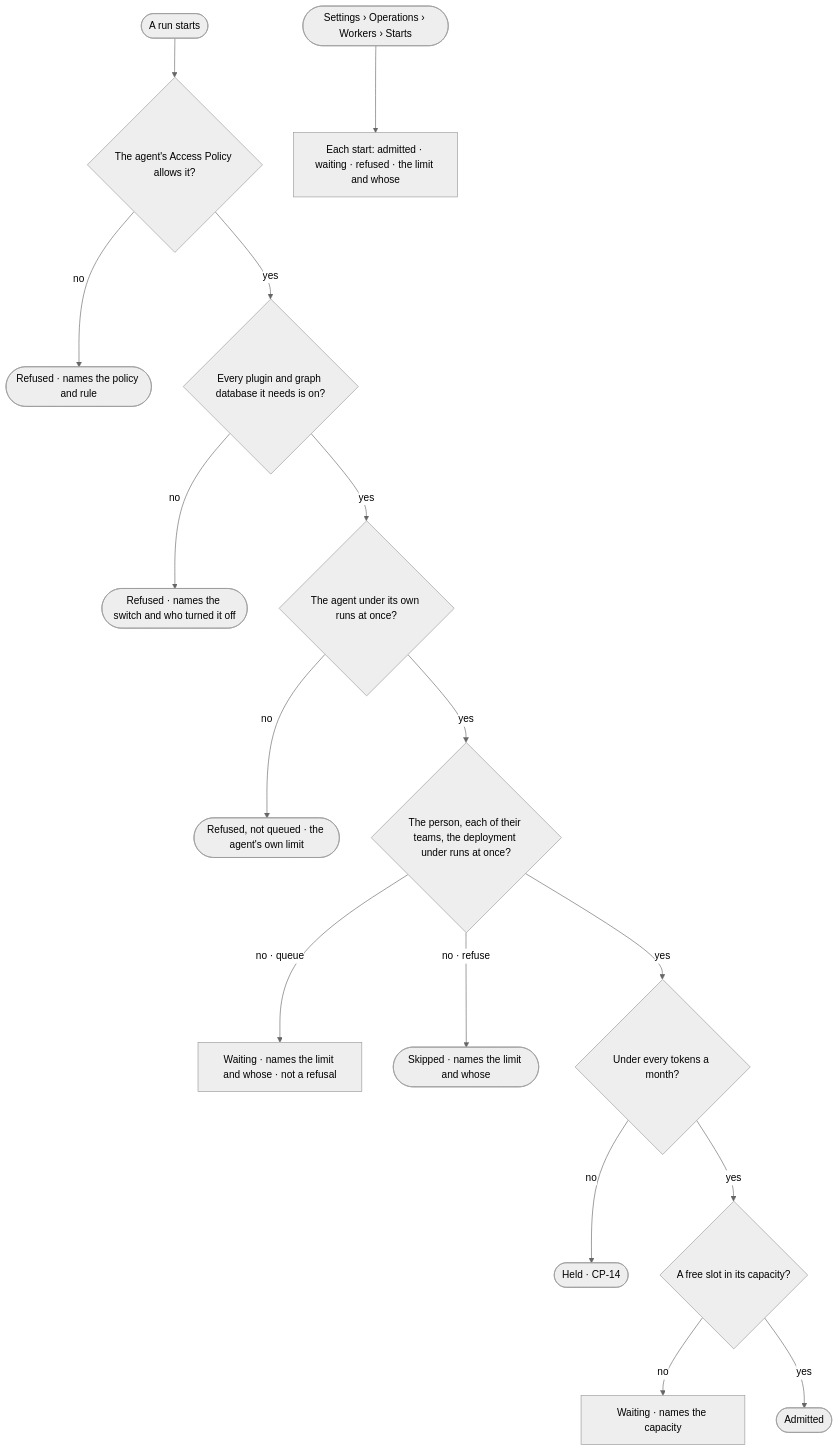
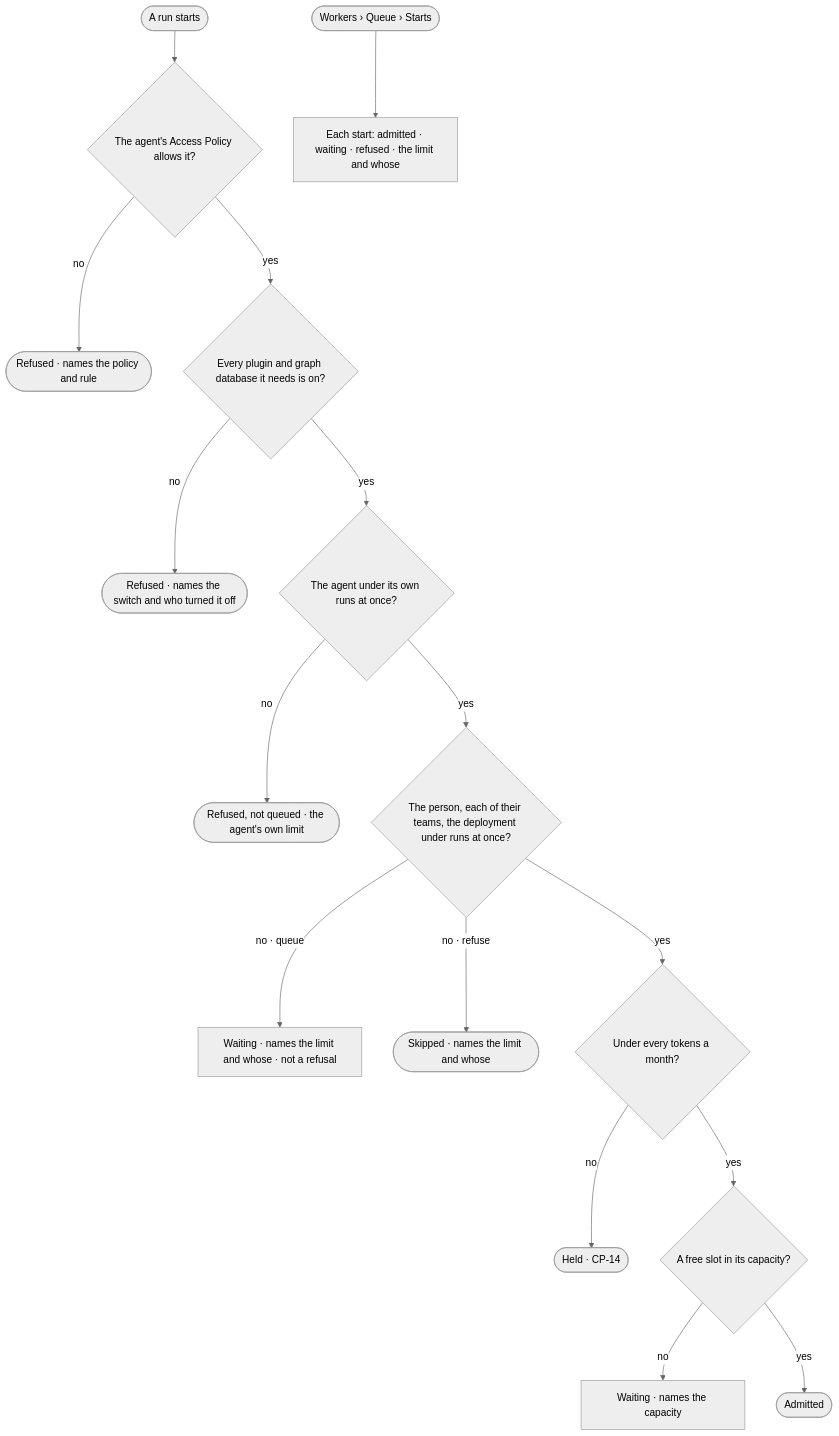
Before and after one commit to invana/invana: the diagram in specs/os/control/features/CP-F04-limits/stories/CP-12-see-why-a-run-started-waits-or-was-refused/story.md, drawn with Mermaid (neutral theme). The commit also changed 133 other files, not shown here.

````diff
--- a/specs/os/control/features/CP-F04-limits/stories/CP-12-see-why-a-run-started-waits-or-was-refused/story.md
+++ b/specs/os/control/features/CP-F04-limits/stories/CP-12-see-why-a-run-started-waits-or-was-refused/story.md
@@ -26,18 +26,18 @@
 ```mermaid
 flowchart TD
   st([A run starts]) --> pol{"The agent's Access Policy allows it?"}
   pol -->|no| r1(["Refused · names the policy and rule"])
   pol -->|yes| sw{"Every plugin and graph database it needs is on?"}
   sw -->|no| r2(["Refused · names the switch and who turned it off"])
   sw -->|yes| ag{"The agent under its own runs at once?"}
   ag -->|no| r3(["Refused, not queued · the agent's own limit"])
   ag -->|yes| lim{"The person, each of their teams, the deployment under runs at once?"}
   lim -->|no · queue| w["Waiting · names the limit and whose · not a refusal"]
   lim -->|no · refuse| sk(["Skipped · names the limit and whose"])
   lim -->|yes| tok{"Under every tokens a month?"}
   tok -->|no| h(["Held · CP-14"])
   tok -->|yes| cap{"A free slot in its capacity?"}
   cap -->|no| pw["Waiting · names the capacity"]
   cap -->|yes| in(["Admitted"])
-  s([Settings › Operations › Workers › Starts]) --> list["Each start: admitted · waiting · refused · the limit and whose"]
+  s([Workers › Queue › Starts]) --> list["Each start: admitted · waiting · refused · the limit and whose"]
 ```
````
